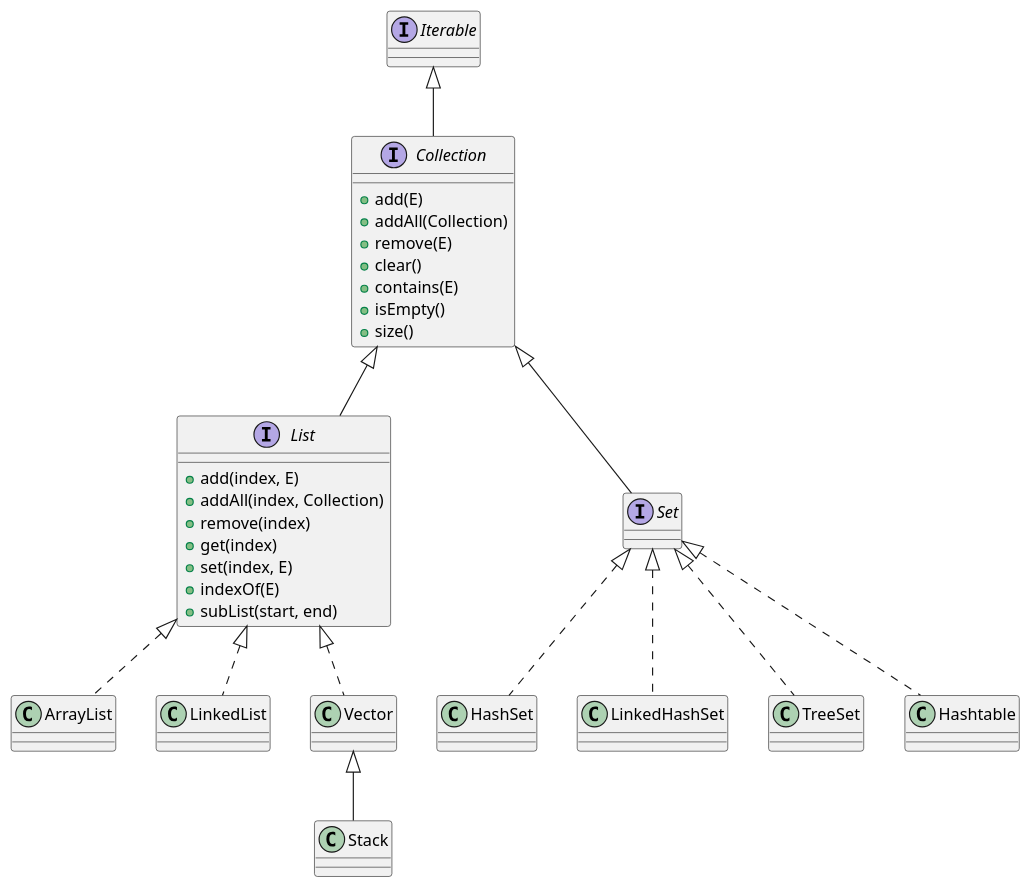
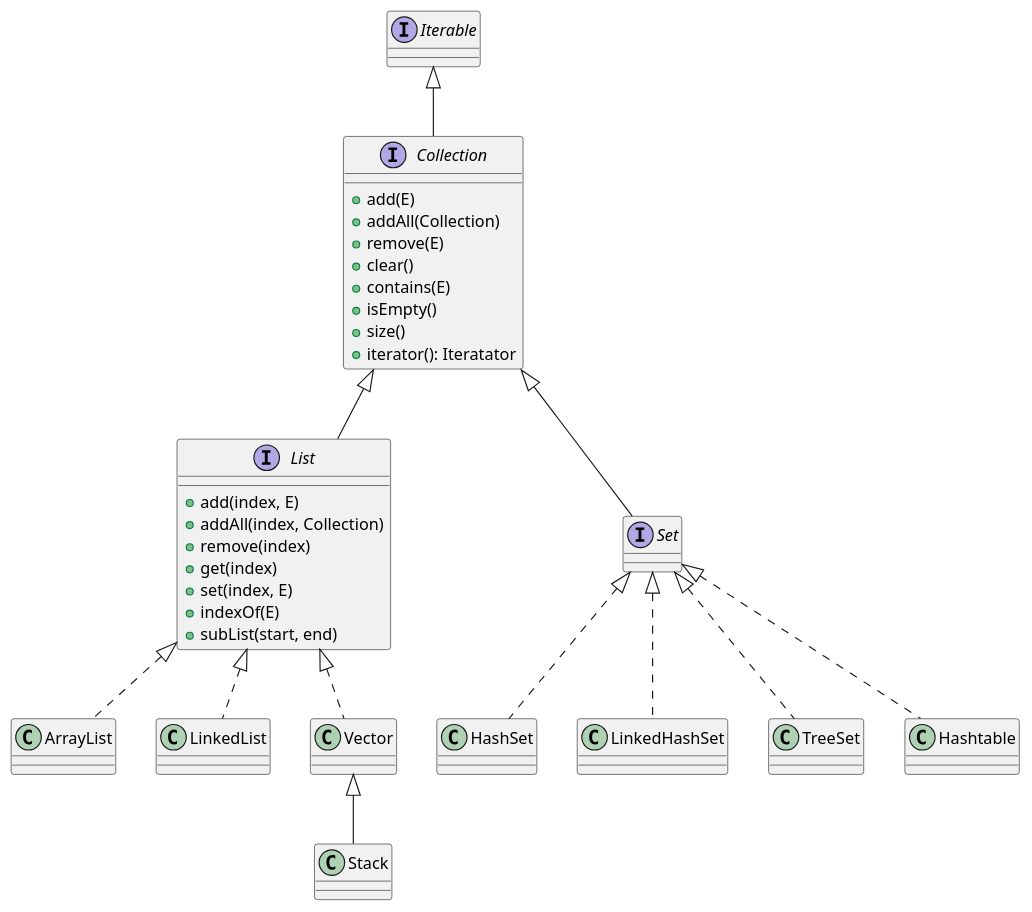
One commit to vinod-kayartaya/upcurve-pe-2024 changed the diagram in day-10/jcf.pu. Above: the diagram before and after it, drawn with PlantUML. The commit also changed 18 other files, not shown here.

```diff
--- a/day-10/jcf.pu
+++ b/day-10/jcf.pu
@@ -1,40 +1,41 @@
 @startuml
 
 interface Collection{
     +add(E)
     +addAll(Collection)
     +remove(E)
     +clear()
     +contains(E)
     +isEmpty()
     +size()
+    +iterator(): Iteratator
 }
 
 interface List{
     +add(index, E)
     +addAll(index, Collection)
     +remove(index)
     +get(index)
     +set(index, E)
     +indexOf(E)
     +subList(start, end)
 }
 
 interface Set{}
 
 Collection <|-- List
 Collection <|-- Set
 
 List <|.. ArrayList
 List <|.. LinkedList
 List <|.. Vector
 Vector <|-- Stack
 
 Set <|.. HashSet
 Set <|.. LinkedHashSet
 Set <|.. TreeSet
 Set <|.. Hashtable 
 
 interface Iterable{}
 Iterable <|-- Collection
 @enduml
```
